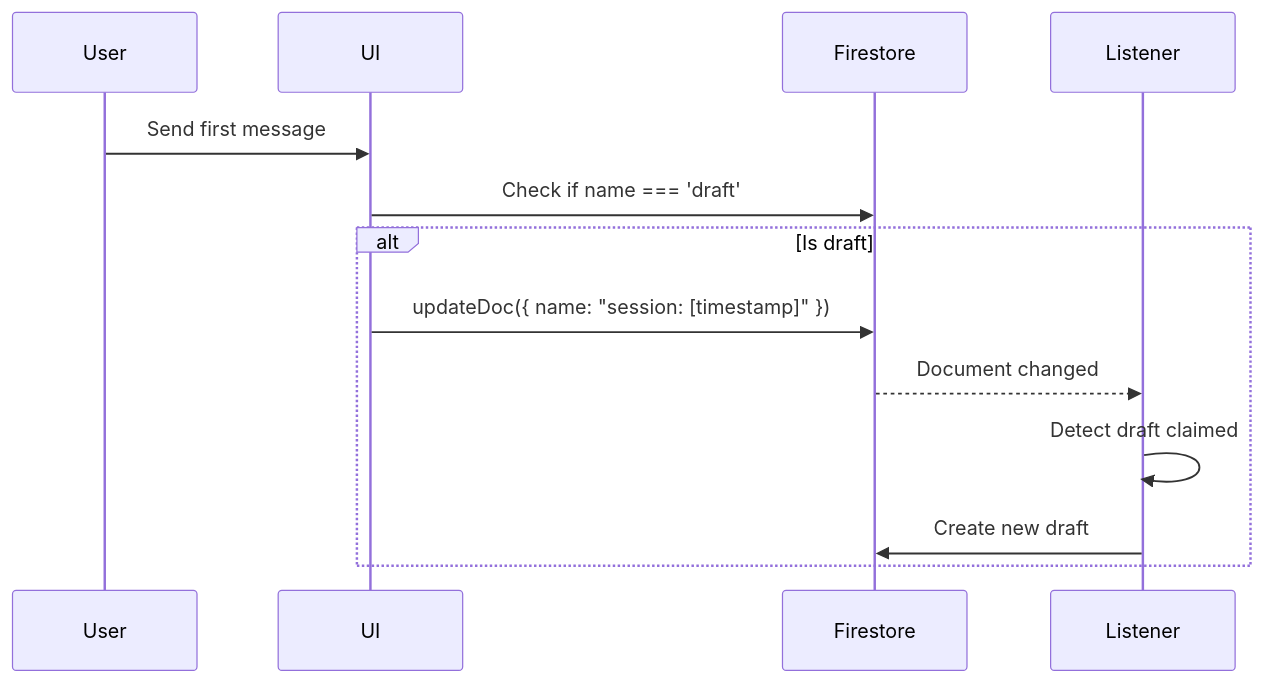
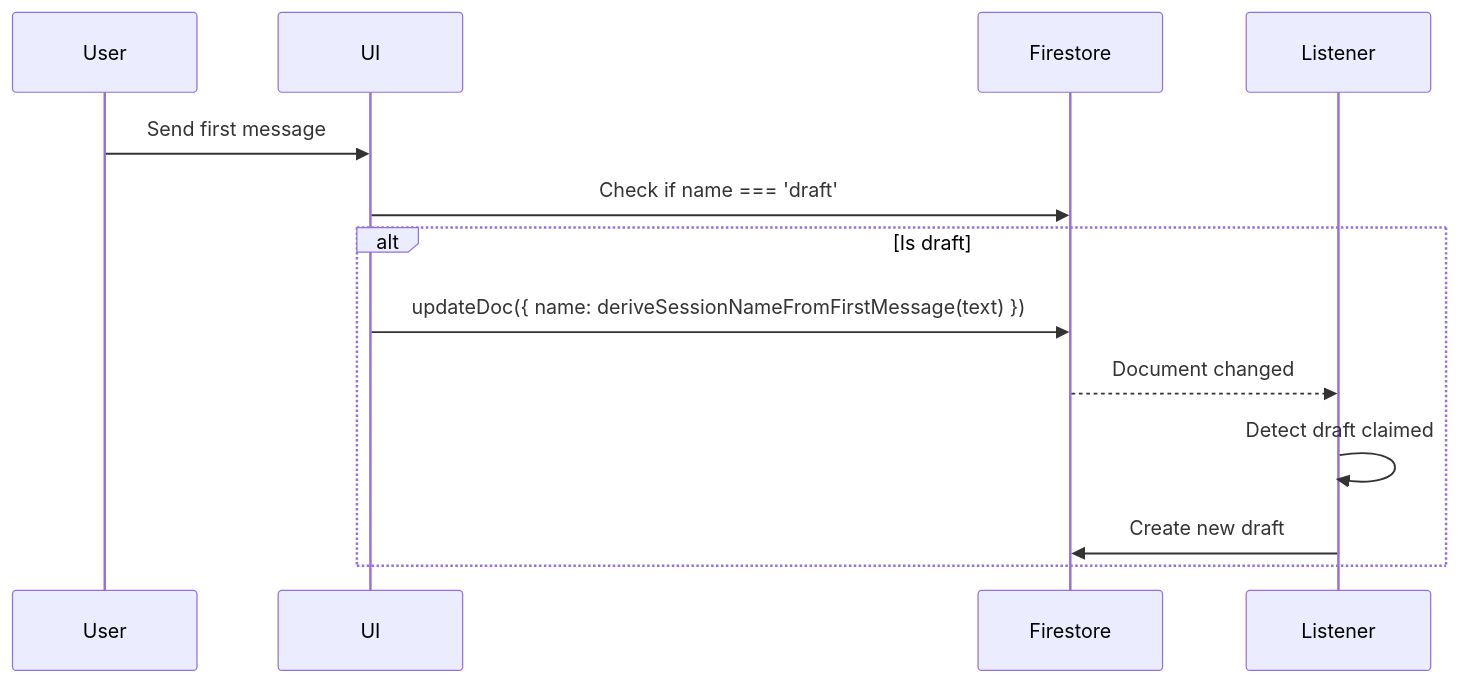
The second of 2 diagrams in apps/common/docs/SESSION_MANAGEMENT.md (knotking/asset-mem), drawn with Mermaid before and after one commit. The commit also changed other lines of this file and 10 other files, not shown here.

First line of the commit message:
fix(chat): auto-name sessions from first message with stable sort

````diff
--- a/apps/common/docs/SESSION_MANAGEMENT.md
+++ b/apps/common/docs/SESSION_MANAGEMENT.md
@@ -132,17 +132,17 @@
 ```mermaid
 sequenceDiagram
     participant User
     participant UI
     participant Firestore
     participant Listener
 
     User->>UI: Send first message
     UI->>Firestore: Check if name === 'draft'
 
     alt Is draft
-        UI->>Firestore: updateDoc({ name: "session: [timestamp]" })
+        UI->>Firestore: updateDoc({ name: deriveSessionNameFromFirstMessage(text) })
         Firestore-->>Listener: Document changed
         Listener->>Listener: Detect draft claimed
         Listener->>Firestore: Create new draft
     end
 ```
````
